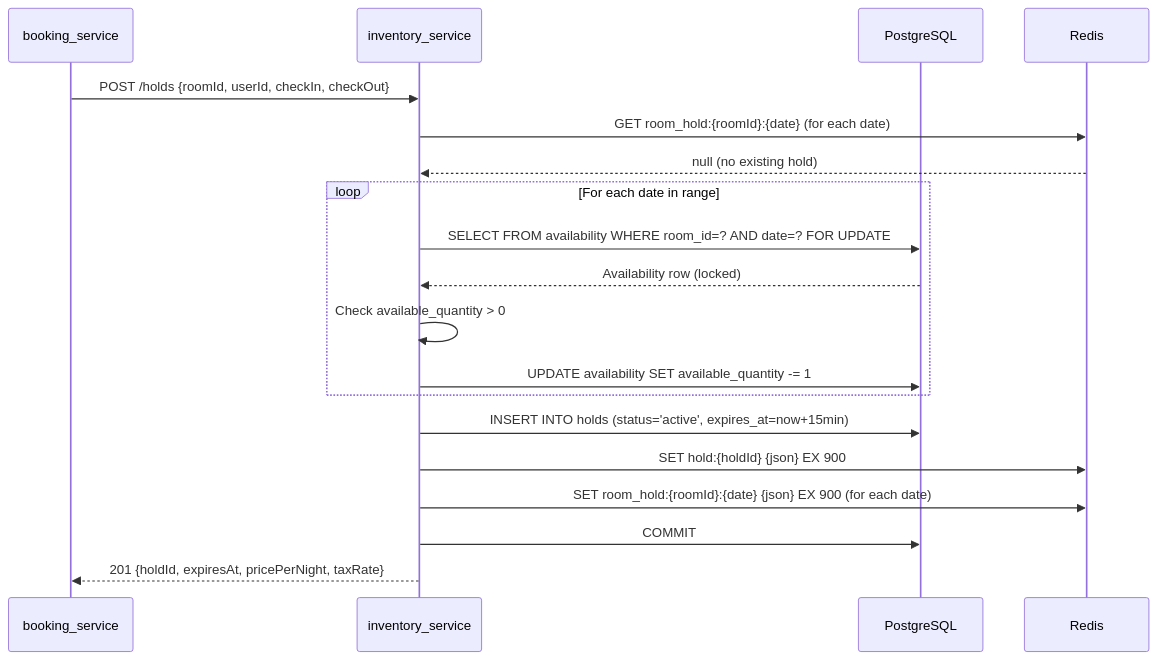
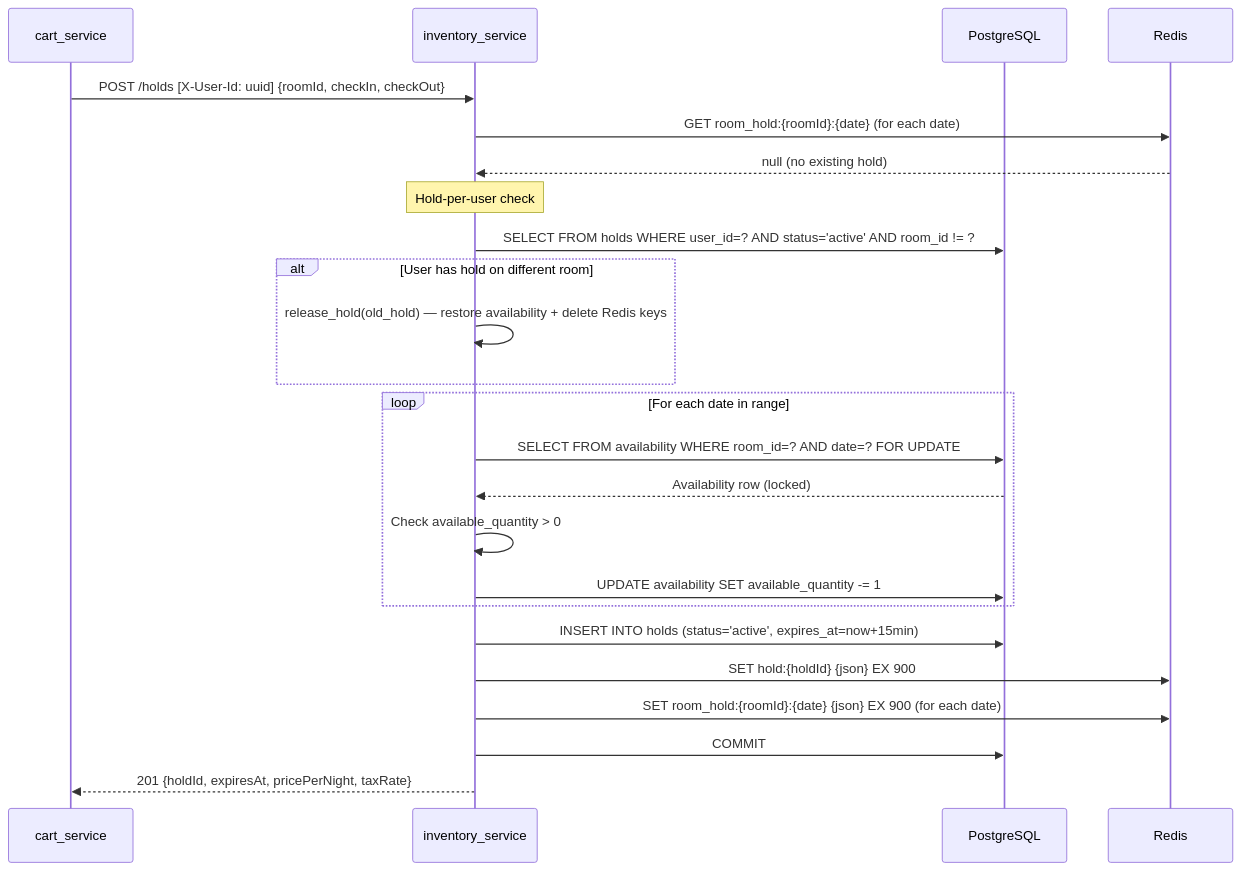
The first of 3 diagrams in services/inventory_service/ARCHITECTURE.md (5x5x5-cube/Proyecto-Final-Grupo-11-Backend), drawn with Mermaid before and after one commit. The commit also changed other lines of this file and 53 other files, not shown here.

First line of the commit message:
feat(PFG1-47): implement cart-hold integration across backend services

````diff
--- a/services/inventory_service/ARCHITECTURE.md
+++ b/services/inventory_service/ARCHITECTURE.md
@@ -117,24 +123,30 @@
 ```mermaid
 sequenceDiagram
-    participant B as booking_service
+    participant C as cart_service
     participant I as inventory_service
     participant DB as PostgreSQL
     participant R as Redis
 
-    B->>I: POST /holds {roomId, userId, checkIn, checkOut}
+    C->>I: POST /holds [X-User-Id: uuid] {roomId, checkIn, checkOut}
     I->>R: GET room_hold:{roomId}:{date} (for each date)
     R-->>I: null (no existing hold)
+
+    Note over I: Hold-per-user check
+    I->>DB: SELECT FROM holds WHERE user_id=? AND status='active' AND room_id != ?
+    alt User has hold on different room
+        I->>I: release_hold(old_hold) — restore availability + delete Redis keys
+    end
 
     loop For each date in range
         I->>DB: SELECT FROM availability WHERE room_id=? AND date=? FOR UPDATE
         DB-->>I: Availability row (locked)
         I->>I: Check available_quantity > 0
         I->>DB: UPDATE availability SET available_quantity -= 1
     end
 
     I->>DB: INSERT INTO holds (status='active', expires_at=now+15min)
     I->>R: SET hold:{holdId} {json} EX 900
     I->>R: SET room_hold:{roomId}:{date} {json} EX 900 (for each date)
     I->>DB: COMMIT
-    I-->>B: 201 {holdId, expiresAt, pricePerNight, taxRate}
+    I-->>C: 201 {holdId, expiresAt, pricePerNight, taxRate}
 ```
````
